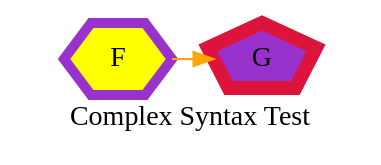
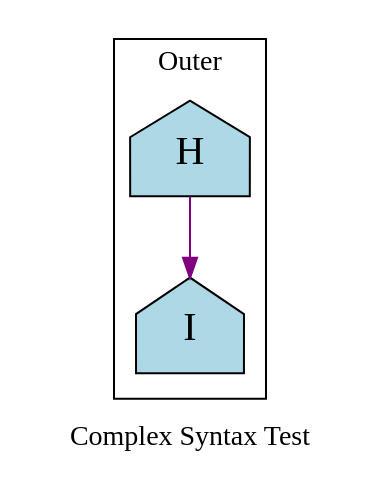
One commit to graphviz-perl/GraphViz2-Marpa-PathUtils changed the diagram in out/clusters.out.06.004.gv. Above: the diagram before and after it, drawn with Graphviz. The commit also changed 47 other files, not shown here.

```diff
--- a/out/clusters.out.06.004.gv
+++ b/out/clusters.out.06.004.gv
@@ -1,41 +1,39 @@
 strict digraph graph_55
 {
 	label = "Complex Syntax Test"
 
 	node[shape = "house"]
 	edge[color = "purple"]
 
 	{
 		rank = "same"
 
 		node[fillcolor = "goldenrod" shape = "circle" style = "filled"]
 		node[fillcolor = "turquoise4"]
 
 		{
 			node[fillcolor = "darkorchid" shape = "pentagon"]
-			F[color = "darkorchid" fillcolor = "yellow" penwidth = "5" shape = "hexagon"]
-			G[color = "crimson" penwidth = "7"]
-			F -> G[color = "orange"]
 
 		}
 
 	}
 	node[fillcolor = "lightblue" fontsize = "20" style = "filled"]
 
 	subgraph cluster_outer
 	{
 		label = "Outer"
 
+		H -> I
 		subgraph cluster_inner
 		{
 			label = "Inner"
 
 			node[fillcolor = "magenta" fontsize = "26" shape = "triangle"]
 			edge[color = "blue"]
 
 		}
 
 	}
 	graph[rankdir = "TB"]
 
 }
```
